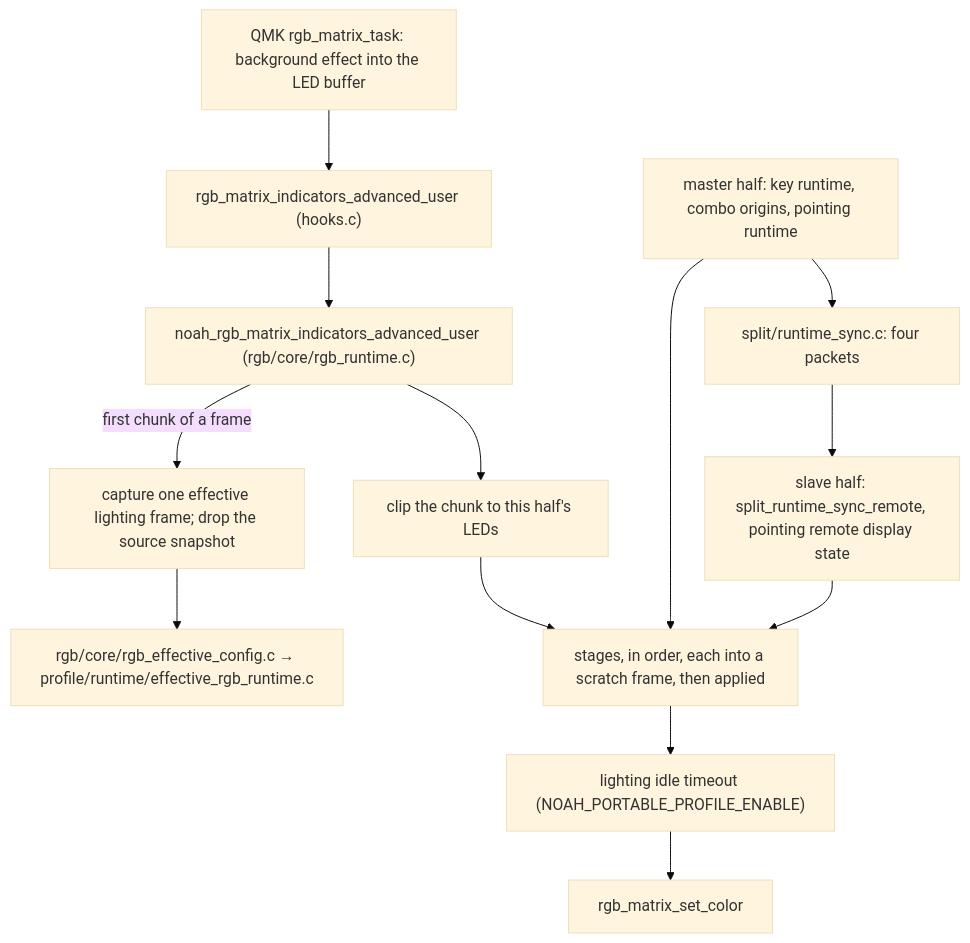
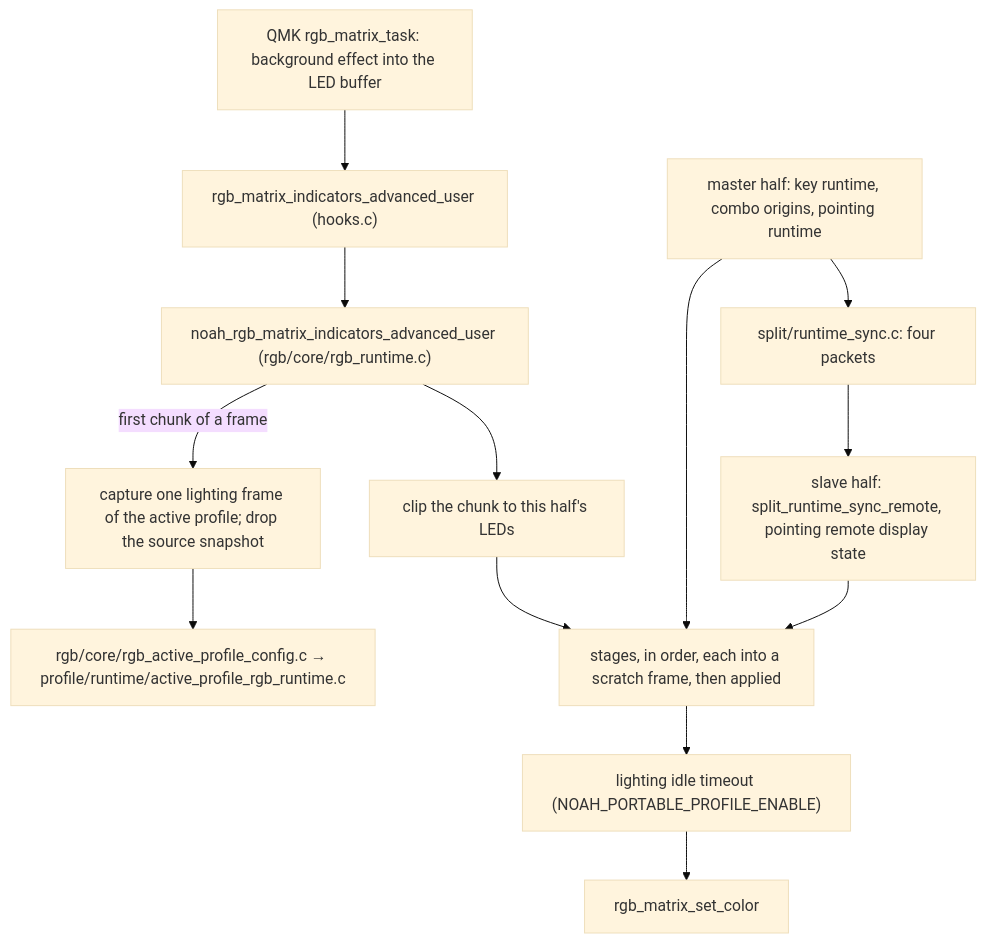
The diagram in docs/architecture/rgb-render.md (NoahCLR/charybdis-4x6), drawn with Mermaid (base theme) before and after one commit. The commit also changed other lines of this file and 395 other files, not shown here.

First line of the commit message:
Say pointing mode, master and slave half, saved and active profile

````diff
--- a/docs/architecture/rgb-render.md
+++ b/docs/architecture/rgb-render.md
@@ -17,15 +17,15 @@
 ```mermaid
 flowchart TD
     qmk["QMK rgb_matrix_task: background effect into the LED buffer"] --> hook["rgb_matrix_indicators_advanced_user (hooks.c)"]
     hook --> run["noah_rgb_matrix_indicators_advanced_user (rgb/core/rgb_runtime.c)"]
-    run -->|"first chunk of a frame"| capture["capture one effective lighting frame; drop the source snapshot"]
-    capture --> view["rgb/core/rgb_effective_config.c → profile/runtime/effective_rgb_runtime.c"]
+    run -->|"first chunk of a frame"| capture["capture one lighting frame of the active profile; drop the source snapshot"]
+    capture --> view["rgb/core/rgb_active_profile_config.c → profile/runtime/active_profile_rgb_runtime.c"]
     run --> clip["clip the chunk to this half's LEDs"]
     clip --> stages["stages, in order, each into a scratch frame, then applied"]
     stages --> idle["lighting idle timeout (NOAH_PORTABLE_PROFILE_ENABLE)"]
     idle --> leds["rgb_matrix_set_color"]
     master["master half: key runtime, combo origins, pointing runtime"] --> stages
     master --> sync["split/runtime_sync.c: four packets"]
     sync --> remote["slave half: split_runtime_sync_remote, pointing remote display state"]
     remote --> stages
 ```
````
